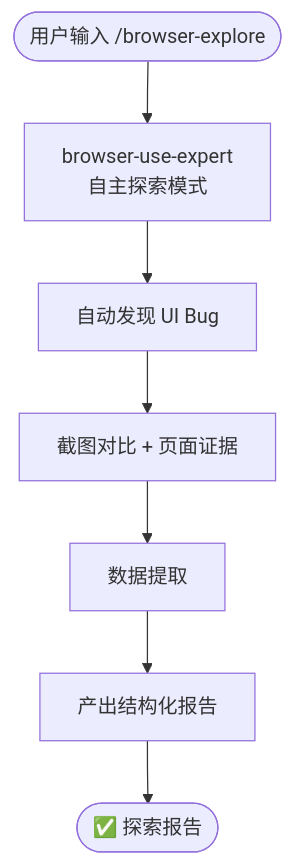
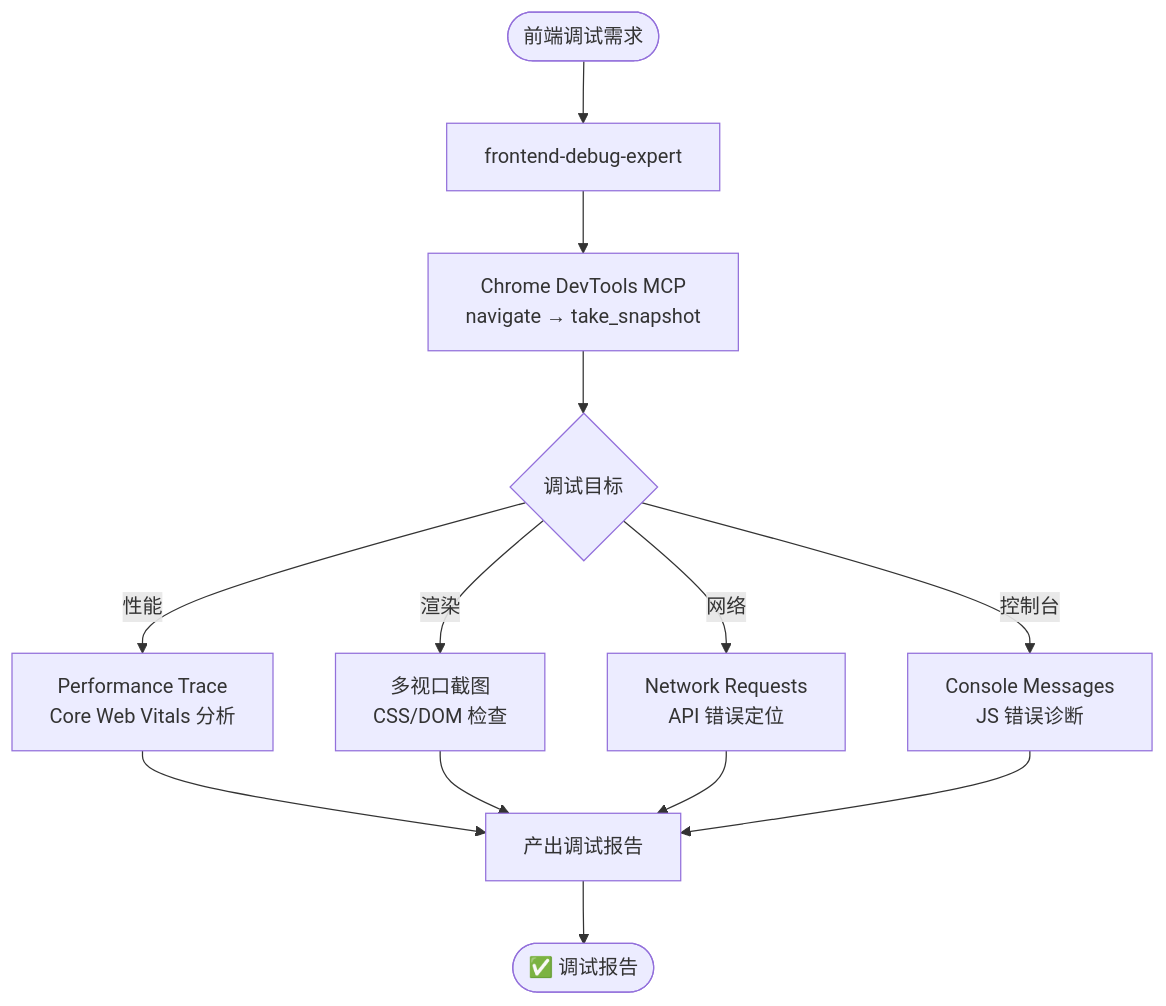
One commit to Wjl1224734792/Jarvis-Agent-Factory changed the diagram in docs/flows/browser-explore.md. Above: the diagram before and after it, drawn with Mermaid. The commit also changed other lines of this file and 38 other files, not shown here.

First line of the commit message:
refactor: 浏览器工具链重构 — Chrome DevTools MCP + hybrid mode

````diff
--- a/docs/flows/browser-explore.md
+++ b/docs/flows/browser-explore.md
@@ -24,9 +25,15 @@
 ```mermaid
 flowchart TD
-    START([用户输入 /browser-explore]) --> S1[browser-use-expert<br/>自主探索模式]
-    S1 --> S2[自动发现 UI Bug]
-    S2 --> S3[截图对比 + 页面证据]
-    S3 --> S4[数据提取]
-    S4 --> S5[产出结构化报告]
-    S5 --> DONE([✅ 探索报告])
+    START([前端调试需求]) --> S1[frontend-debug-expert]
+    S1 --> S2[Chrome DevTools MCP<br/>navigate → take_snapshot]
+    S2 --> S3{调试目标}
+    S3 --> |性能| P[Performance Trace<br/>Core Web Vitals 分析]
+    S3 --> |渲染| R[多视口截图<br/>CSS/DOM 检查]
+    S3 --> |网络| N[Network Requests<br/>API 错误定位]
+    S3 --> |控制台| C[Console Messages<br/>JS 错误诊断]
+    P --> S4[产出调试报告]
+    R --> S4
+    N --> S4
+    C --> S4
+    S4 --> DONE([✅ 调试报告])
 ```
````
